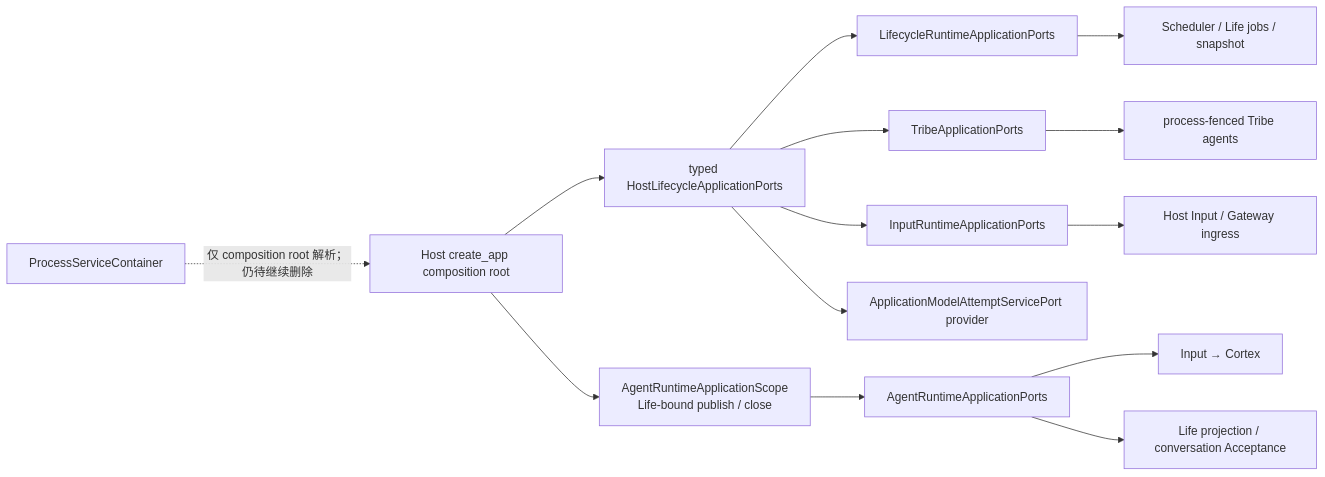
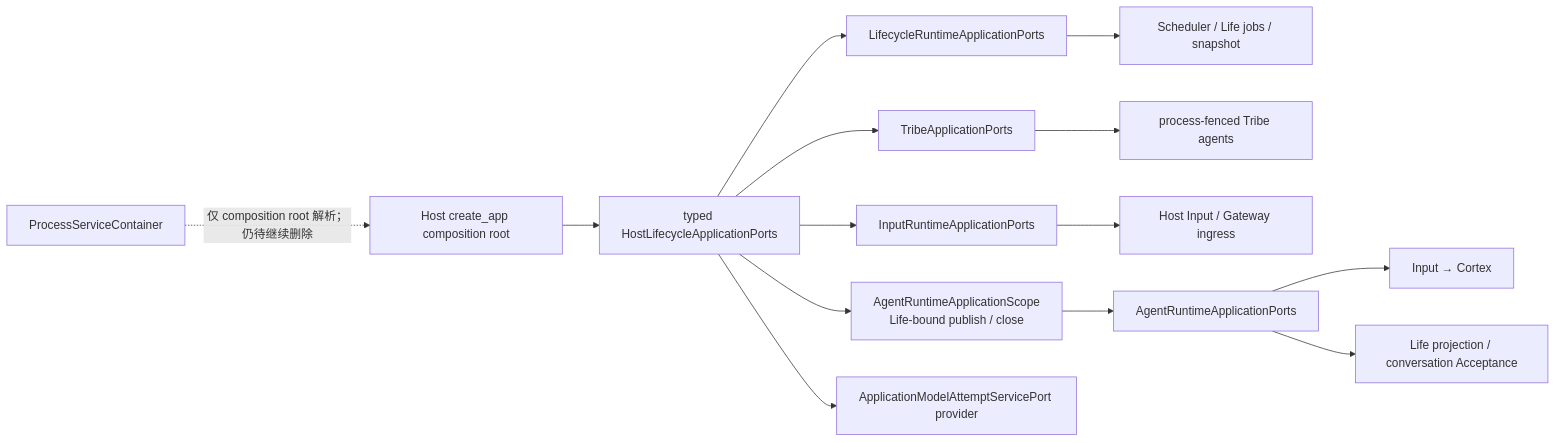
One commit to SakuraYoruno/Natsume_Ai changed the third of 14 diagrams in docs/50_project/arch/DATA_FLOW_ARCHITECTURE.md. Above: the diagram before and after it, drawn with Mermaid. The commit also changed other lines of this file and 23 other files, not shown here.

Commit message:
重构：显式注入 AgentRuntime 嵌套依赖

````diff
--- a/docs/50_project/arch/DATA_FLOW_ARCHITECTURE.md
+++ b/docs/50_project/arch/DATA_FLOW_ARCHITECTURE.md
@@ -188,16 +189,16 @@
 ```mermaid
 flowchart LR
     ROOT["Host create_app composition root"] --> BUNDLE["typed HostLifecycleApplicationPorts"]
     BUNDLE --> LIFE["LifecycleRuntimeApplicationPorts"]
     BUNDLE --> TRIBE["TribeApplicationPorts"]
     BUNDLE --> INPUT["InputRuntimeApplicationPorts"]
     LIFE --> JOBS["Scheduler / Life jobs / snapshot"]
     TRIBE --> AGENTS["process-fenced Tribe agents"]
     INPUT --> INGRESS["Host Input / Gateway ingress"]
-    ROOT --> AGENT_SCOPE["AgentRuntimeApplicationScope\nLife-bound publish / close"]
+    BUNDLE --> AGENT_SCOPE["AgentRuntimeApplicationScope\nLife-bound publish / close"]
     AGENT_SCOPE --> AGENT_PORTS["AgentRuntimeApplicationPorts"]
     AGENT_PORTS --> CORTEX["Input → Cortex"]
     AGENT_PORTS --> EFFECTS["Life projection / conversation Acceptance"]
     BUNDLE --> MODEL["ApplicationModelAttemptServicePort provider"]
     LOCATOR["ProcessServiceContainer"] -. "仅 composition root 解析；仍待继续删除" .-> ROOT
 ```
````
